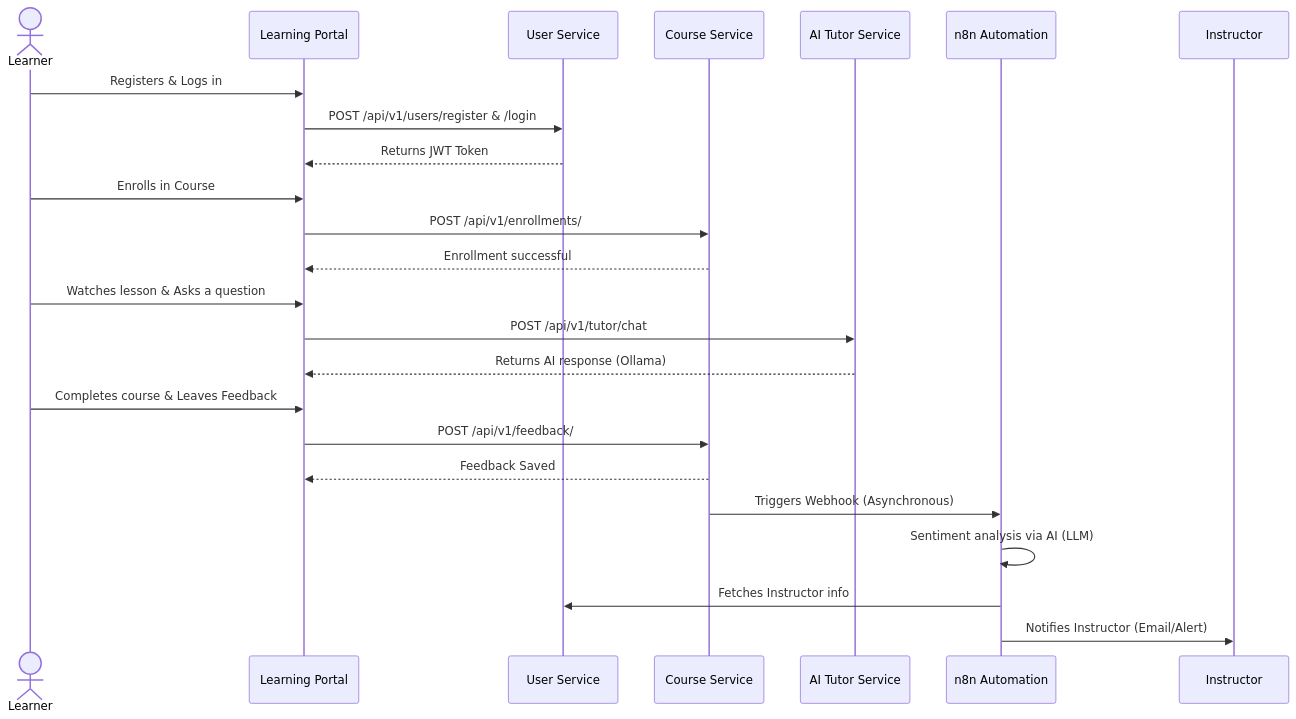
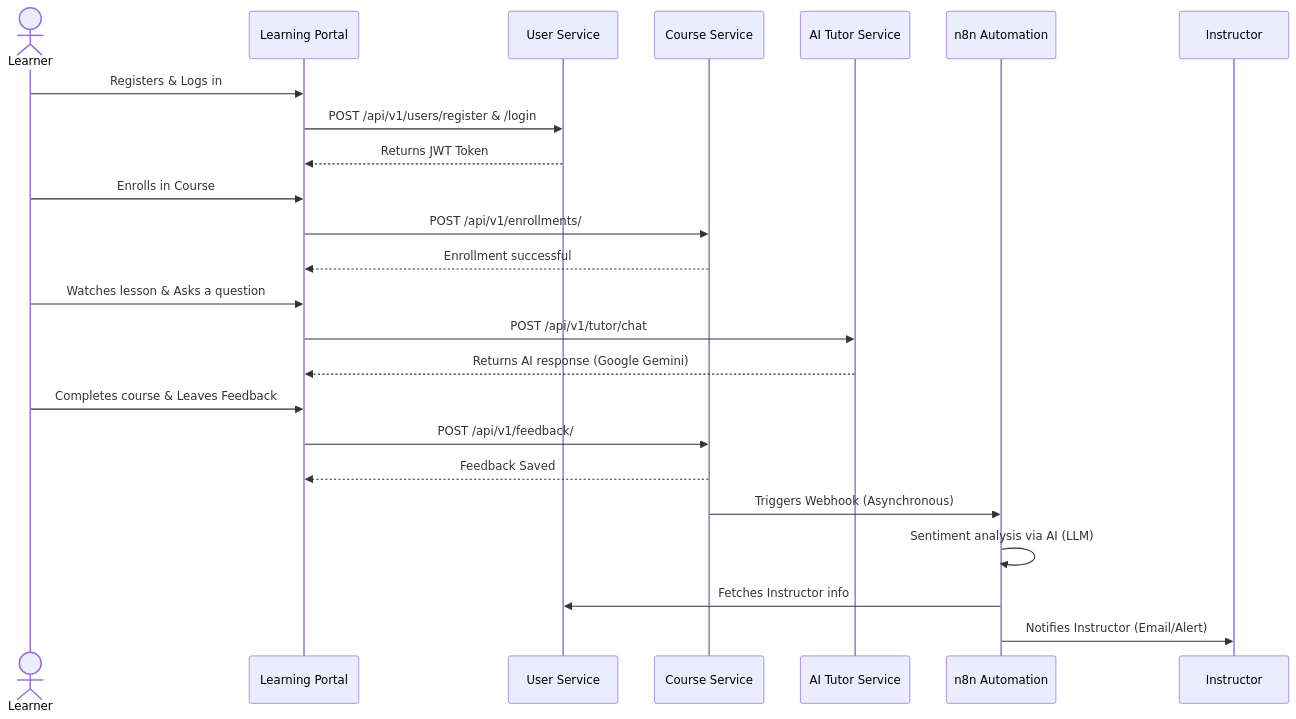
The ninth of 10 diagrams in architecture.md (Sen-Se1/elearning-microservice-platform), drawn with Mermaid before and after one commit. The commit also changed other lines of this file and 1 other file, not shown here.

Commit message:
refactor: migrate AI integration from local Ollama to Google Gemini API and update storage configurations

````diff
--- a/architecture.md
+++ b/architecture.md
@@ -475,30 +480,30 @@
 ```mermaid
 sequenceDiagram
     actor Learner
     participant Portal as Learning Portal
     participant UserSvc as User Service
     participant CourseSvc as Course Service
     participant AISvc as AI Tutor Service
     participant n8n as n8n Automation
     
     Learner->>Portal: Registers & Logs in
     Portal->>UserSvc: POST /api/v1/users/register & /login
     UserSvc-->>Portal: Returns JWT Token
     
     Learner->>Portal: Enrolls in Course
     Portal->>CourseSvc: POST /api/v1/enrollments/
     CourseSvc-->>Portal: Enrollment successful
     
     Learner->>Portal: Watches lesson & Asks a question
     Portal->>AISvc: POST /api/v1/tutor/chat
-    AISvc-->>Portal: Returns AI response (Ollama)
+    AISvc-->>Portal: Returns AI response (Google Gemini)
     
     Learner->>Portal: Completes course & Leaves Feedback
     Portal->>CourseSvc: POST /api/v1/feedback/
     CourseSvc-->>Portal: Feedback Saved
     CourseSvc->>n8n: Triggers Webhook (Asynchronous)
     
     n8n->>n8n: Sentiment analysis via AI (LLM)
     n8n->>UserSvc: Fetches Instructor info
     n8n->>Instructor: Notifies Instructor (Email/Alert)
 ```
````
